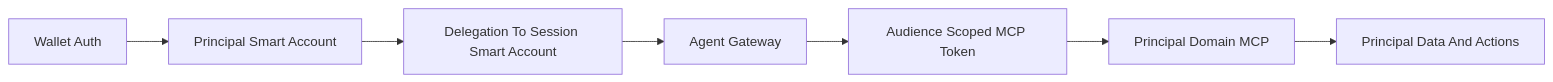
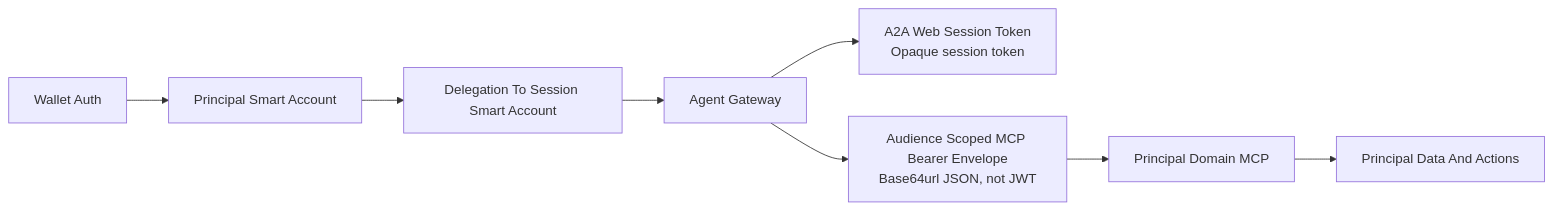
One commit to RichCanvas3/gym changed the second of 6 diagrams in documents/siwe-for-agents-mcp-architecture.md. Above: the diagram before and after it, drawn with Mermaid. The commit also changed other lines of this file and 1 other file, not shown here.

````diff
--- a/documents/siwe-for-agents-mcp-architecture.md
+++ b/documents/siwe-for-agents-mcp-architecture.md
@@ -45,9 +45,10 @@
 ```mermaid
 flowchart LR
   wallet[Wallet Auth] --> principal[Principal Smart Account]
   principal --> delegation[Delegation To Session Smart Account]
   delegation --> gateway[Agent Gateway]
-  gateway --> token[Audience Scoped MCP Token]
+  gateway --> ws[A2A Web Session Token<br>Opaque session token]
+  gateway --> token[Audience Scoped MCP Bearer Envelope<br>Base64url JSON, not JWT]
   token --> domain[Principal Domain MCP]
   domain --> data[Principal Data And Actions]
 ```
````
